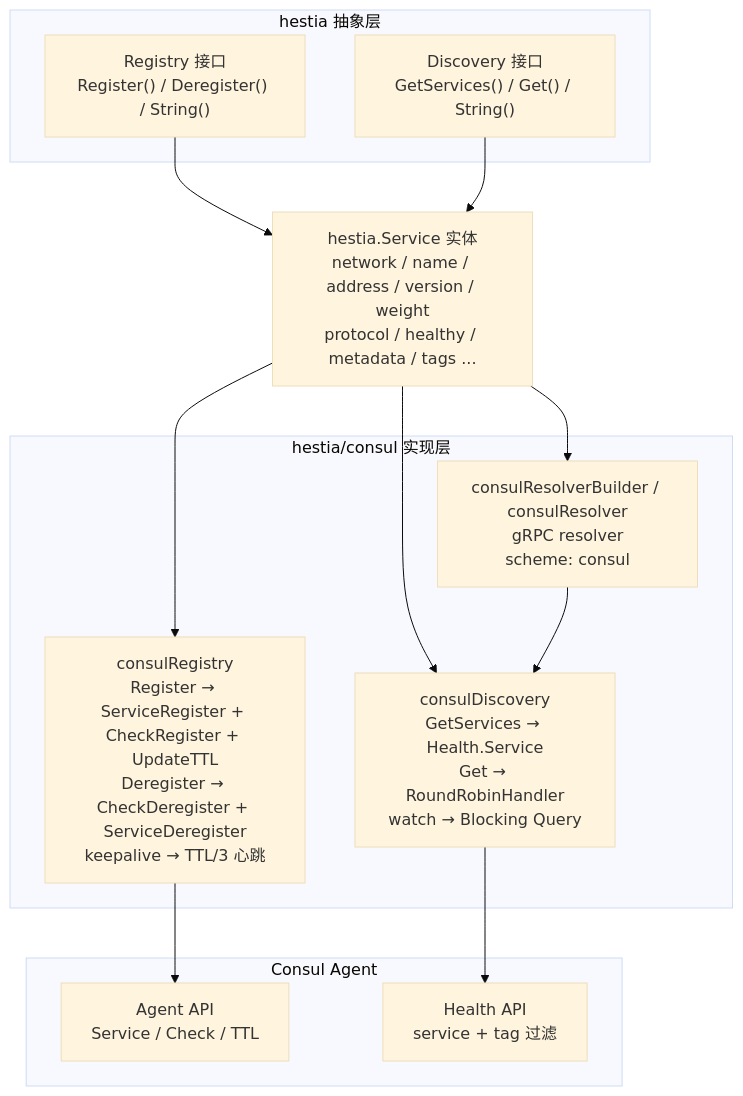
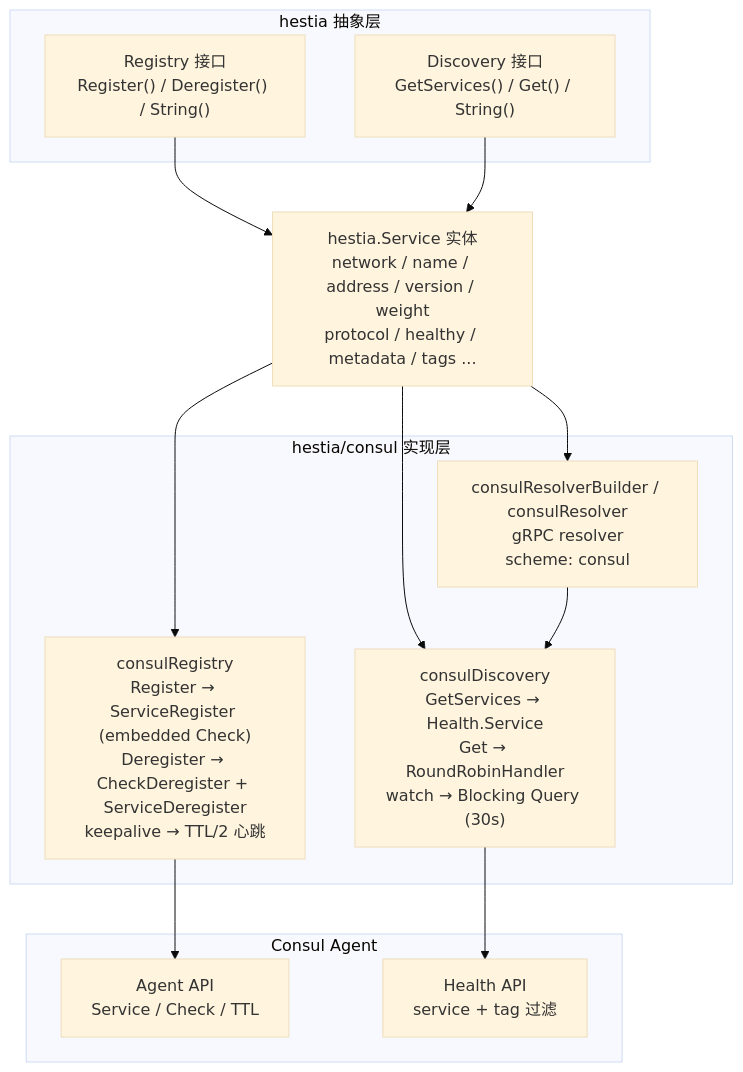
Before and after one commit to daheige/hephfx: the first of 5 diagrams in hestia/consul/readme.md, drawn with Mermaid (base theme). The commit also changed other lines of this file and 6 other files, not shown here.

````diff
--- a/hestia/consul/readme.md
+++ b/hestia/consul/readme.md
@@ -32,29 +31,29 @@
 ```mermaid
 flowchart TB
     subgraph Abstract["hestia 抽象层"]
         Registry["Registry 接口<br/>Register() / Deregister() / String()"]
         Discovery["Discovery 接口<br/>GetServices() / Get() / String()"]
     end
 
     Service["hestia.Service 实体<br/>network / name / address / version / weight<br/>protocol / healthy / metadata / tags ..."]
 
     subgraph ConsulImpl["hestia/consul 实现层"]
-        consulRegistry["consulRegistry<br/>Register → ServiceRegister + CheckRegister + UpdateTTL<br/>Deregister → CheckDeregister + ServiceDeregister<br/>keepalive → TTL/3 心跳"]
-        consulDiscovery["consulDiscovery<br/>GetServices → Health.Service<br/>Get → RoundRobinHandler<br/>watch → Blocking Query"]
+        consulRegistry["consulRegistry<br/>Register → ServiceRegister (embedded Check)<br/>Deregister → CheckDeregister + ServiceDeregister<br/>keepalive → TTL/2 心跳"]
+        consulDiscovery["consulDiscovery<br/>GetServices → Health.Service<br/>Get → RoundRobinHandler<br/>watch → Blocking Query (30s)"]
         consulResolver["consulResolverBuilder / consulResolver<br/>gRPC resolver<br/>scheme: consul"]
     end
 
     subgraph ConsulAgent["Consul Agent"]
         AgentAPI["Agent API<br/>Service / Check / TTL"]
         HealthAPI["Health API<br/>service + tag 过滤"]
     end
 
     Registry --> Service
     Discovery --> Service
     Service --> consulRegistry
     Service --> consulDiscovery
     Service --> consulResolver
     consulRegistry --> AgentAPI
     consulDiscovery --> HealthAPI
     consulResolver --> consulDiscovery
 ```
````
